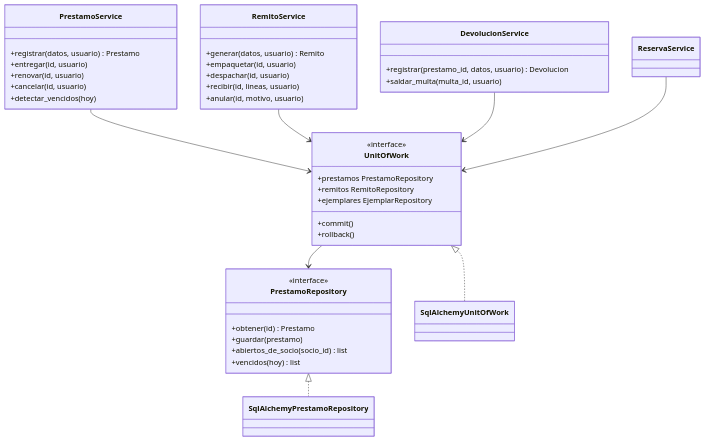
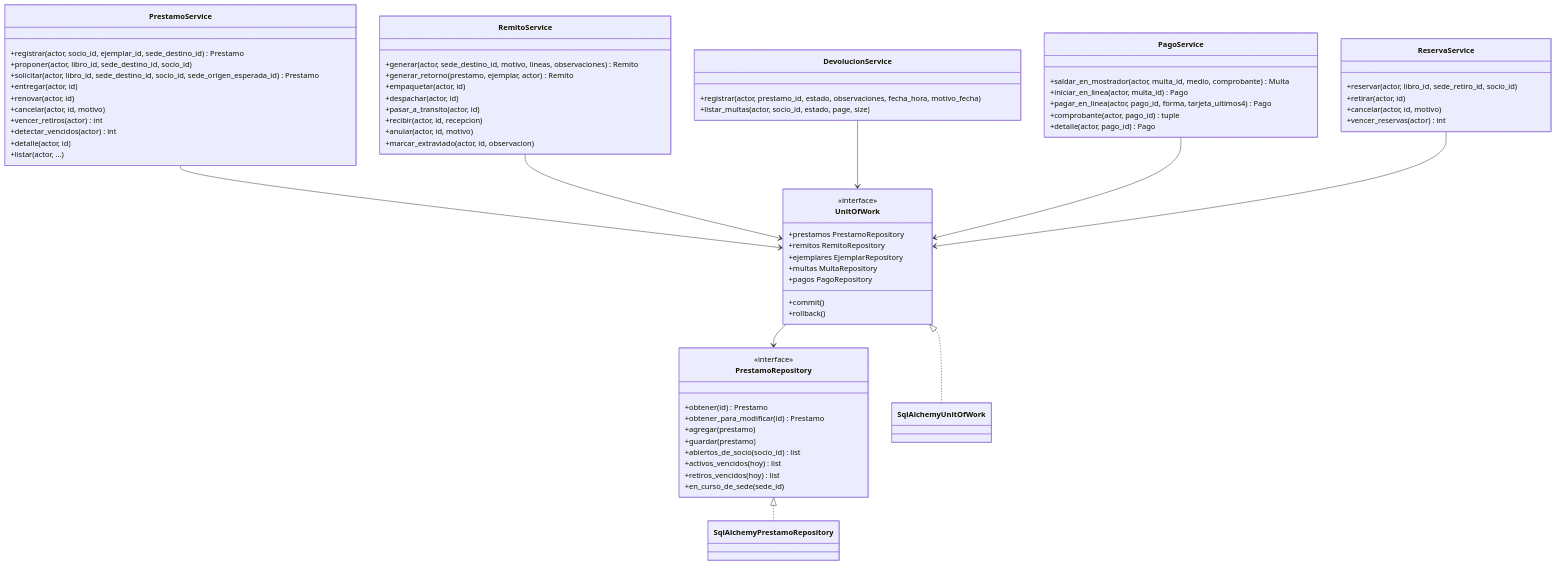
The sixth of 6 diagrams in docs/tecnica/02-modelo-de-clases.md (Maximiliano018/TPI-DAO), drawn with Mermaid before and after one commit. The commit also changed other lines of this file and 136 other files, not shown here.

````diff
--- a/docs/tecnica/02-modelo-de-clases.md
+++ b/docs/tecnica/02-modelo-de-clases.md
@@ -327,46 +464,73 @@
 ```mermaid
 classDiagram
     class PrestamoService {
-        +registrar(datos, usuario) Prestamo
-        +entregar(id, usuario)
-        +renovar(id, usuario)
-        +cancelar(id, usuario)
-        +detectar_vencidos(hoy)
+        +registrar(actor, socio_id, ejemplar_id, sede_destino_id) Prestamo
+        +proponer(actor, libro_id, sede_destino_id, socio_id)
+        +solicitar(actor, libro_id, sede_destino_id, socio_id, sede_origen_esperada_id) Prestamo
+        +entregar(actor, id)
+        +renovar(actor, id)
+        +cancelar(actor, id, motivo)
+        +vencer_retiros(actor) int
+        +detectar_vencidos(actor) int
+        +detalle(actor, id)
+        +listar(actor, ...)
     }
     class RemitoService {
-        +generar(datos, usuario) Remito
-        +empaquetar(id, usuario)
-        +despachar(id, usuario)
-        +recibir(id, lineas, usuario)
-        +anular(id, motivo, usuario)
+        +generar(actor, sede_destino_id, motivo, lineas, observaciones) Remito
+        +generar_retorno(prestamo, ejemplar, actor) Remito
+        +empaquetar(actor, id)
+        +despachar(actor, id)
+        +pasar_a_transito(actor, id)
+        +recibir(actor, id, recepcion)
+        +anular(actor, id, motivo)
+        +marcar_extraviado(actor, id, observacion)
     }
     class DevolucionService {
-        +registrar(prestamo_id, datos, usuario) Devolucion
-        +saldar_multa(multa_id, usuario)
+        +registrar(actor, prestamo_id, estado, observaciones, fecha_hora, motivo_fecha)
+        +listar_multas(actor, socio_id, estado, page, size)
     }
-    class ReservaService
+    class PagoService {
+        +saldar_en_mostrador(actor, multa_id, medio, comprobante) Multa
+        +iniciar_en_linea(actor, multa_id) Pago
+        +pagar_en_linea(actor, pago_id, forma, tarjeta_ultimos4) Pago
+        +comprobante(actor, pago_id) tuple
+        +detalle(actor, pago_id) Pago
+    }
+    class ReservaService {
+        +reservar(actor, libro_id, sede_retiro_id, socio_id)
+        +retirar(actor, id)
+        +cancelar(actor, id, motivo)
+        +vencer_reservas(actor) int
+    }
     class UnitOfWork {
         <<interface>>
         +prestamos PrestamoRepository
         +remitos RemitoRepository
         +ejemplares EjemplarRepository
+        +multas MultaRepository
+        +pagos PagoRepository
         +commit()
         +rollback()
     }
     class PrestamoRepository {
         <<interface>>
         +obtener(id) Prestamo
+        +obtener_para_modificar(id) Prestamo
+        +agregar(prestamo)
         +guardar(prestamo)
         +abiertos_de_socio(socio_id) list
-        +vencidos(hoy) list
+        +activos_vencidos(hoy) list
+        +retiros_vencidos(hoy) list
+        +en_curso_de_sede(sede_id)
     }
     class SqlAlchemyUnitOfWork
     class SqlAlchemyPrestamoRepository
     PrestamoService --> UnitOfWork
     RemitoService --> UnitOfWork
     DevolucionService --> UnitOfWork
+    PagoService --> UnitOfWork
     ReservaService --> UnitOfWork
     UnitOfWork --> PrestamoRepository
     UnitOfWork <|.. SqlAlchemyUnitOfWork
     PrestamoRepository <|.. SqlAlchemyPrestamoRepository
 ```
````
